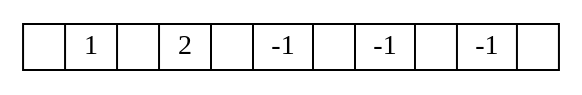
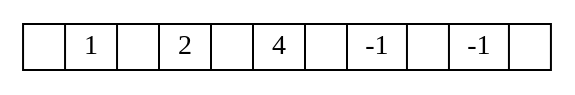
One commit to olgt/Laboratorio_EDD_201612341_Proyecto2 changed the diagram in graficas/arbolArbolUsuarios.gv. Above: the diagram before and after it, drawn with Graphviz. The commit also changed 91 other files, not shown here.

```diff
--- a/graficas/arbolArbolUsuarios.gv
+++ b/graficas/arbolArbolUsuarios.gv
@@ -1,5 +1,5 @@
 digraph g {
 splines = false;
 node [shape = record,height=.1]; 
-node0[label = "<f01> | <f1>1| <f12> |<f2>2| <f23> |<f3>-1| <f34> |<f4>-1| <f45> |<f5>-1| <f50>"]; 
+node0[label = "<f01> | <f1>1| <f12> |<f2>2| <f23> |<f3>4| <f34> |<f4>-1| <f45> |<f5>-1| <f50>"]; 
 }
```
